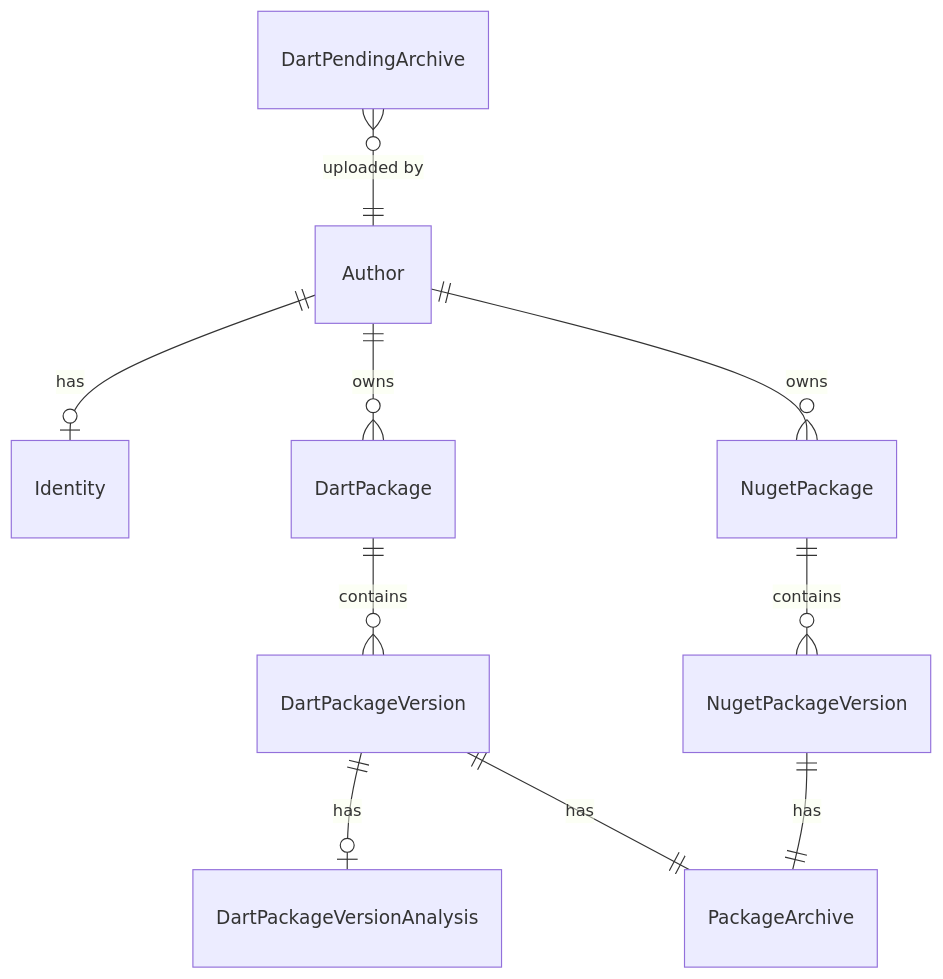
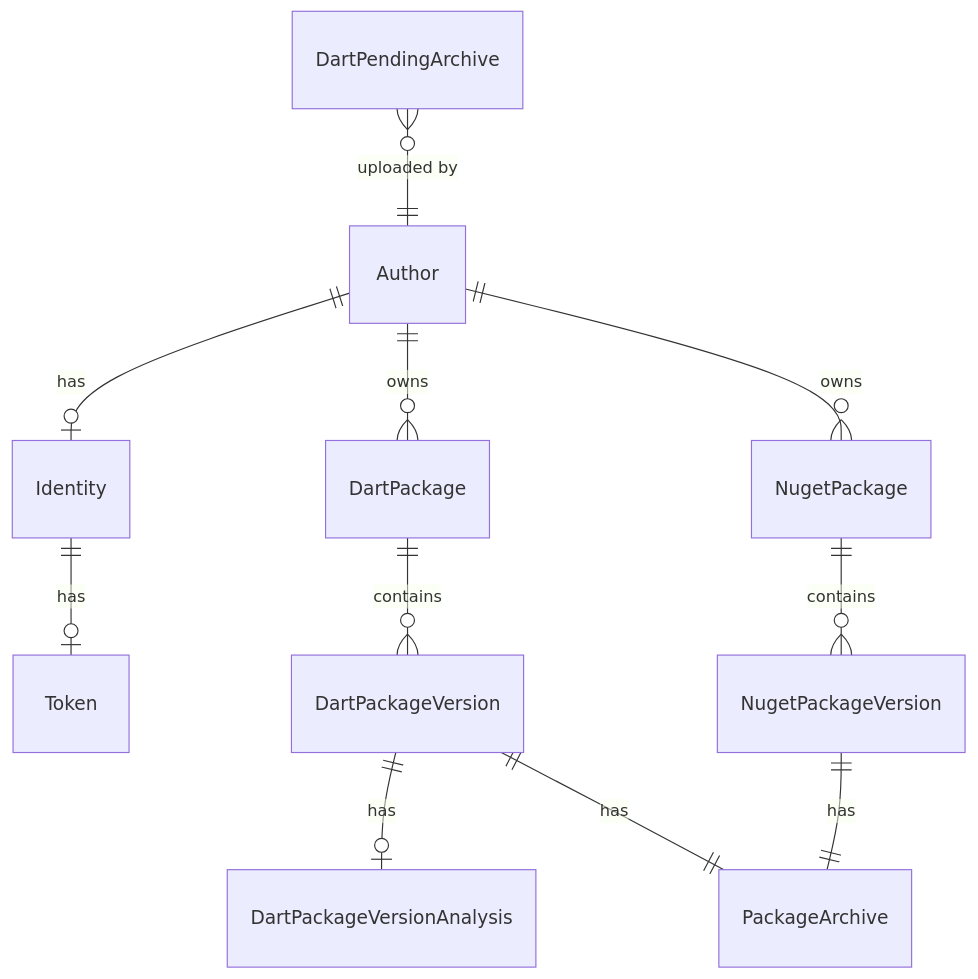
The third of 3 diagrams in Architecture.md (ricardoboss/PubNet), drawn with Mermaid before and after one commit. The commit also changed other lines of this file and 8 other files, not shown here.

Commit message:
Added architecture for tokens

````diff
--- a/Architecture.md
+++ b/Architecture.md
@@ -56,12 +58,13 @@
 ```mermaid
 erDiagram
     Author ||--o| Identity: has
+    Identity ||--o| Token: has
     Author ||--o{ DartPackage: owns
     DartPackage ||--o{ DartPackageVersion: contains
     DartPackageVersion ||--o| DartPackageVersionAnalysis: has
     DartPendingArchive }o--|| Author: "uploaded by"
     Author ||--o{ NugetPackage: owns
     NugetPackage ||--o{ NugetPackageVersion: contains
     DartPackageVersion ||--|| PackageArchive: has
     NugetPackageVersion ||--|| PackageArchive: has
 ```
````
